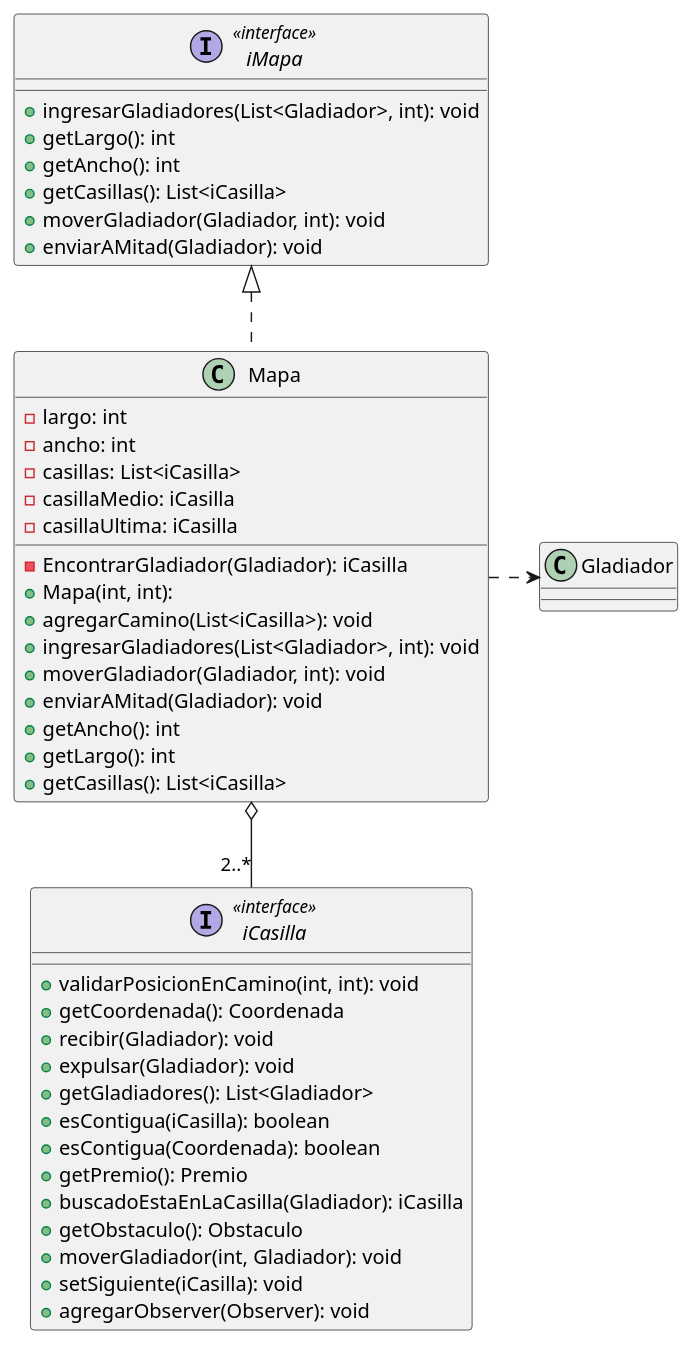
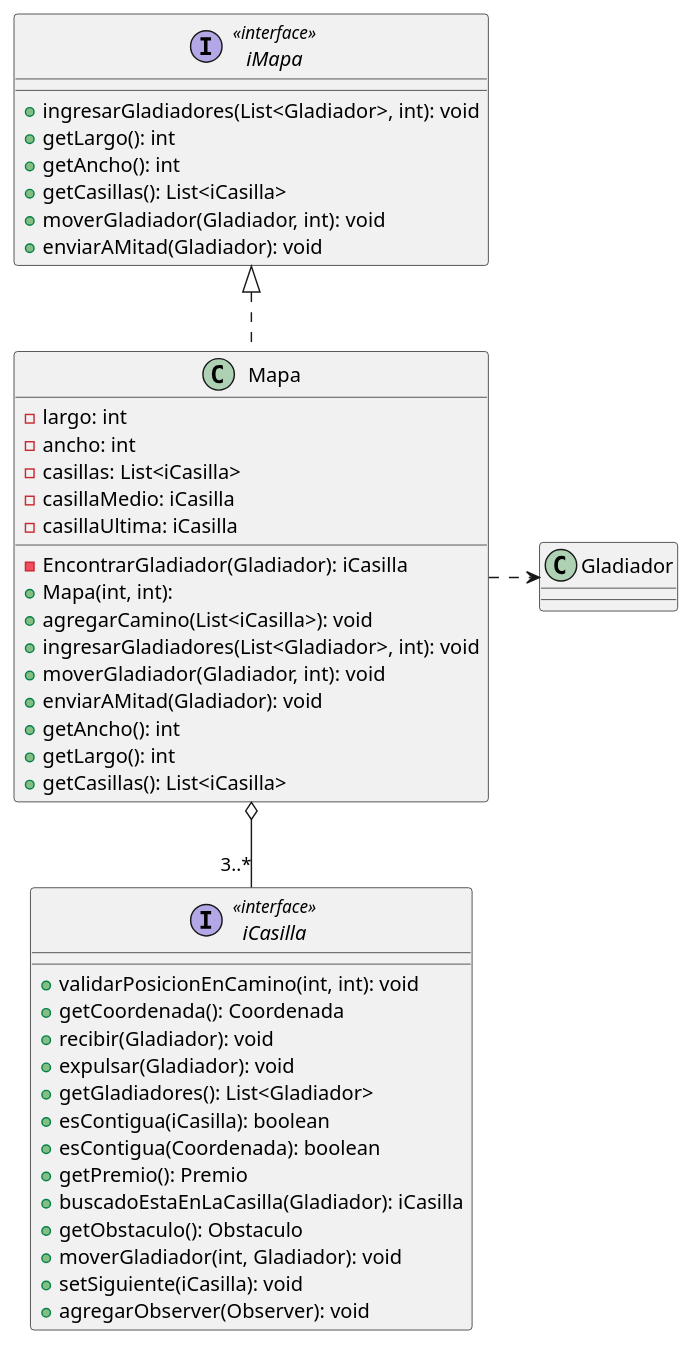
The diagram in diagrams/clases/DiagramasParaInforme/DiagramaMapaChiquito.puml (mcumskov/Algo3_tp2), drawn with PlantUML before and after one commit. The commit also changed 4 other files, not shown here.

Commit message:
edit diagramas

```diff
--- a/diagrams/clases/DiagramasParaInforme/DiagramaMapaChiquito.puml
+++ b/diagrams/clases/DiagramasParaInforme/DiagramaMapaChiquito.puml
@@ -1,51 +1,51 @@
 @startuml
 skinparam linetype ortho
 
 interface iMapa << interface >> {
   + ingresarGladiadores(List<Gladiador>, int): void
   + getLargo(): int
   + getAncho(): int
   + getCasillas(): List<iCasilla>
   + moverGladiador(Gladiador, int): void
   + enviarAMitad(Gladiador): void
 }
 
 class Mapa {
   - largo: int
   - ancho: int
   - casillas: List<iCasilla>
   - casillaMedio: iCasilla
   - casillaUltima: iCasilla
   - EncontrarGladiador(Gladiador): iCasilla
   + Mapa(int, int):
   + agregarCamino(List<iCasilla>): void
   + ingresarGladiadores(List<Gladiador>, int): void
   + moverGladiador(Gladiador, int): void
   + enviarAMitad(Gladiador): void
   + getAncho(): int
   + getLargo(): int
   + getCasillas(): List<iCasilla>
 }
 
 interface iCasilla << interface >> {
   + validarPosicionEnCamino(int, int): void
   + getCoordenada(): Coordenada
   + recibir(Gladiador): void
   + expulsar(Gladiador): void
   + getGladiadores(): List<Gladiador>
   + esContigua(iCasilla): boolean
   + esContigua(Coordenada): boolean
   + getPremio(): Premio
   + buscadoEstaEnLaCasilla(Gladiador): iCasilla
   + getObstaculo(): Obstaculo
   + moverGladiador(int, Gladiador): void
   + setSiguiente(iCasilla): void
   + agregarObserver(Observer): void
 }
 
 iMapa <|.- Mapa
 Mapa .> Gladiador
-Mapa o-- "2..*"iCasilla
+Mapa o-- "3..*"iCasilla
 
 
 @enduml
```
